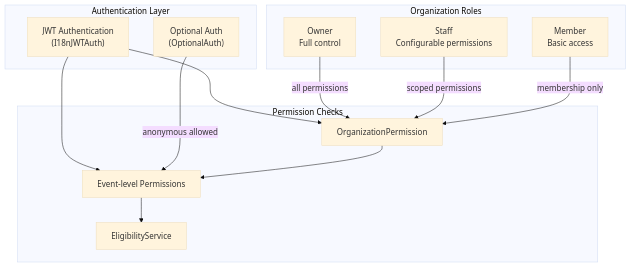
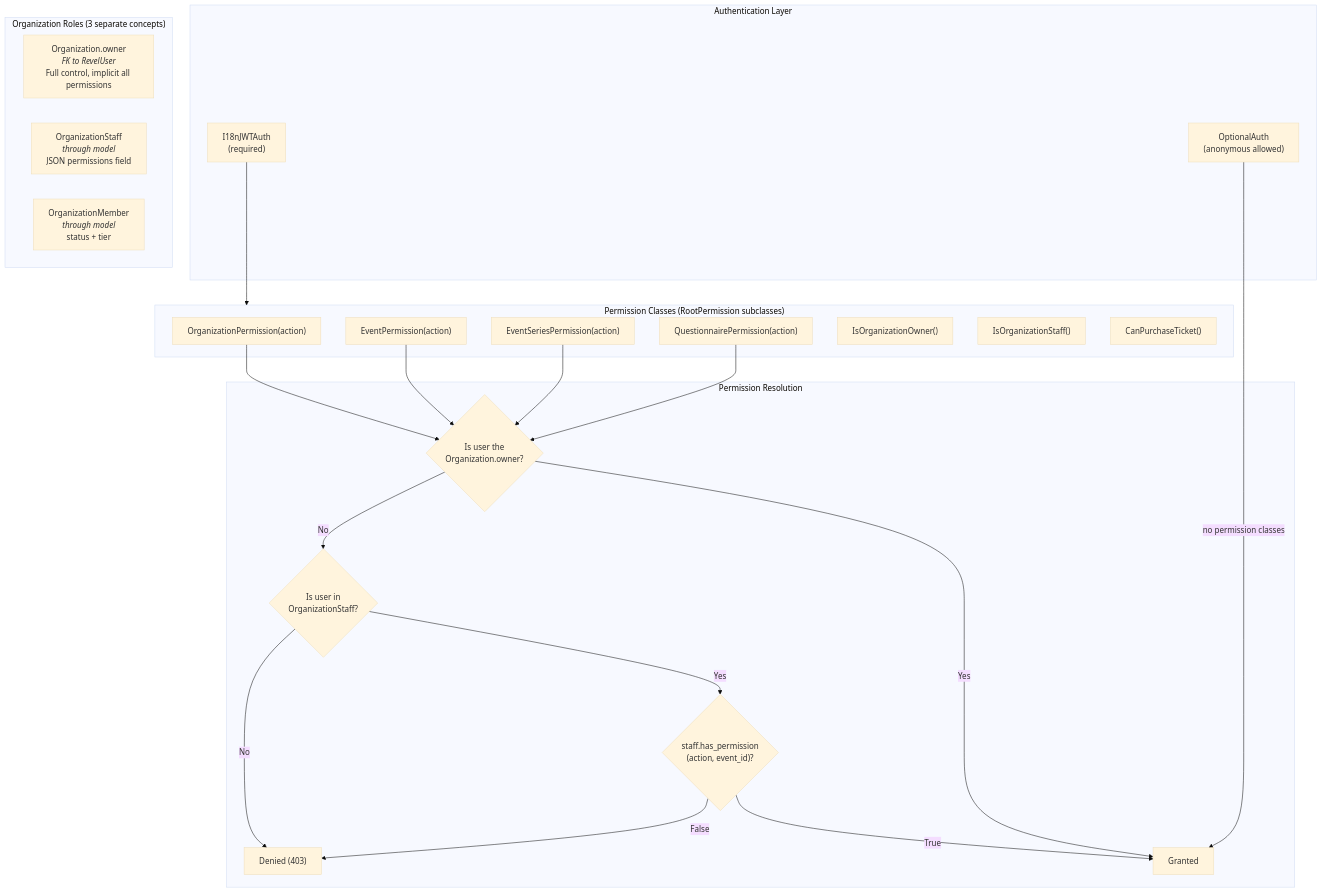
The first of 2 diagrams in docs/architecture/permissions.md (letsrevel/revel-backend), drawn with Mermaid (base theme) before and after one commit. The commit also changed other lines of this file and 38 other files, not shown here.

````diff
--- a/docs/architecture/permissions.md
+++ b/docs/architecture/permissions.md
@@ -7,30 +7,46 @@
 ```mermaid
 flowchart TD
     subgraph Auth["Authentication Layer"]
-        JWT["JWT Authentication<br/>(I18nJWTAuth)"]
-        OptAuth["Optional Auth<br/>(OptionalAuth)"]
+        JWT["I18nJWTAuth<br/>(required)"]
+        OptAuth["OptionalAuth<br/>(anonymous allowed)"]
     end
 
-    subgraph OrgRoles["Organization Roles"]
-        Owner["Owner<br/>Full control"]
-        Staff["Staff<br/>Configurable permissions"]
-        Member["Member<br/>Basic access"]
+    subgraph OrgRoles["Organization Roles (3 separate concepts)"]
+        Owner["Organization.owner<br/><i>FK to RevelUser</i><br/>Full control, implicit all permissions"]
+        Staff["OrganizationStaff<br/><i>through model</i><br/>JSON permissions field"]
+        Member["OrganizationMember<br/><i>through model</i><br/>status + tier"]
     end
 
-    subgraph Perms["Permission Checks"]
-        OrgPerm["OrganizationPermission"]
-        EventPerm["Event-level Permissions"]
-        Eligibility["EligibilityService"]
+    subgraph PermClasses["Permission Classes (RootPermission subclasses)"]
+        OrgPerm["OrganizationPermission(action)"]
+        EventPerm["EventPermission(action)"]
+        SeriesPerm["EventSeriesPermission(action)"]
+        QuestPerm["QuestionnairePermission(action)"]
+        OwnerOnly["IsOrganizationOwner()"]
+        StaffOnly["IsOrganizationStaff()"]
+        TicketPerm["CanPurchaseTicket()"]
     end
 
-    JWT --> OrgPerm
-    JWT --> EventPerm
-    OptAuth -->|"anonymous allowed"| EventPerm
+    subgraph Resolution["Permission Resolution"]
+        CheckOwner{"Is user the<br/>Organization.owner?"}
+        CheckStaff{"Is user in<br/>OrganizationStaff?"}
+        CheckPerm{"staff.has_permission<br/>(action, event_id)?"}
+        Granted["Granted"]
+        Denied["Denied (403)"]
+    end
 
-    Owner -->|"all permissions"| OrgPerm
-    Staff -->|"scoped permissions"| OrgPerm
-    Member -->|"membership only"| OrgPerm
+    JWT --> PermClasses
+    OptAuth -->|"no permission classes"| Granted
 
-    OrgPerm --> EventPerm
-    EventPerm --> Eligibility
+    OrgPerm --> CheckOwner
+    EventPerm --> CheckOwner
+    SeriesPerm --> CheckOwner
+    QuestPerm --> CheckOwner
+
+    CheckOwner -->|"Yes"| Granted
+    CheckOwner -->|"No"| CheckStaff
+    CheckStaff -->|"Yes"| CheckPerm
+    CheckStaff -->|"No"| Denied
+    CheckPerm -->|"True"| Granted
+    CheckPerm -->|"False"| Denied
 ```
````
